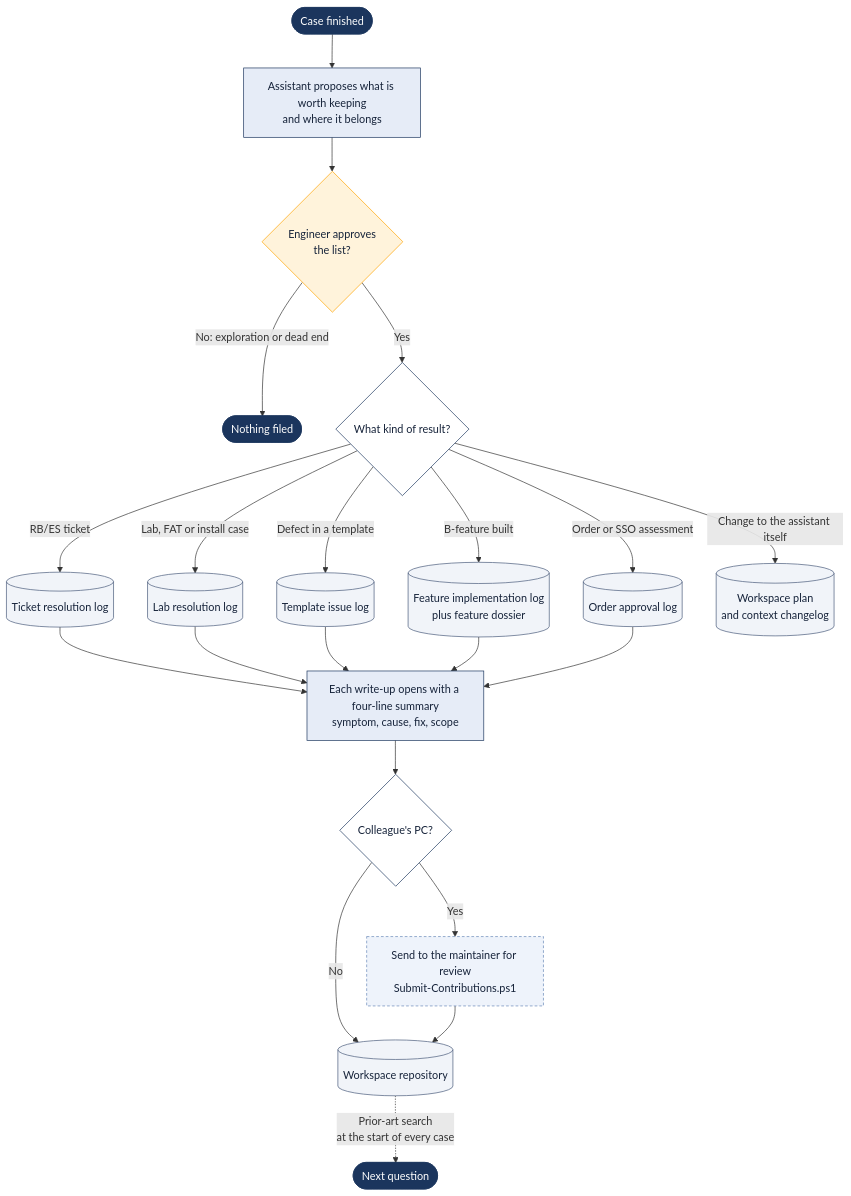
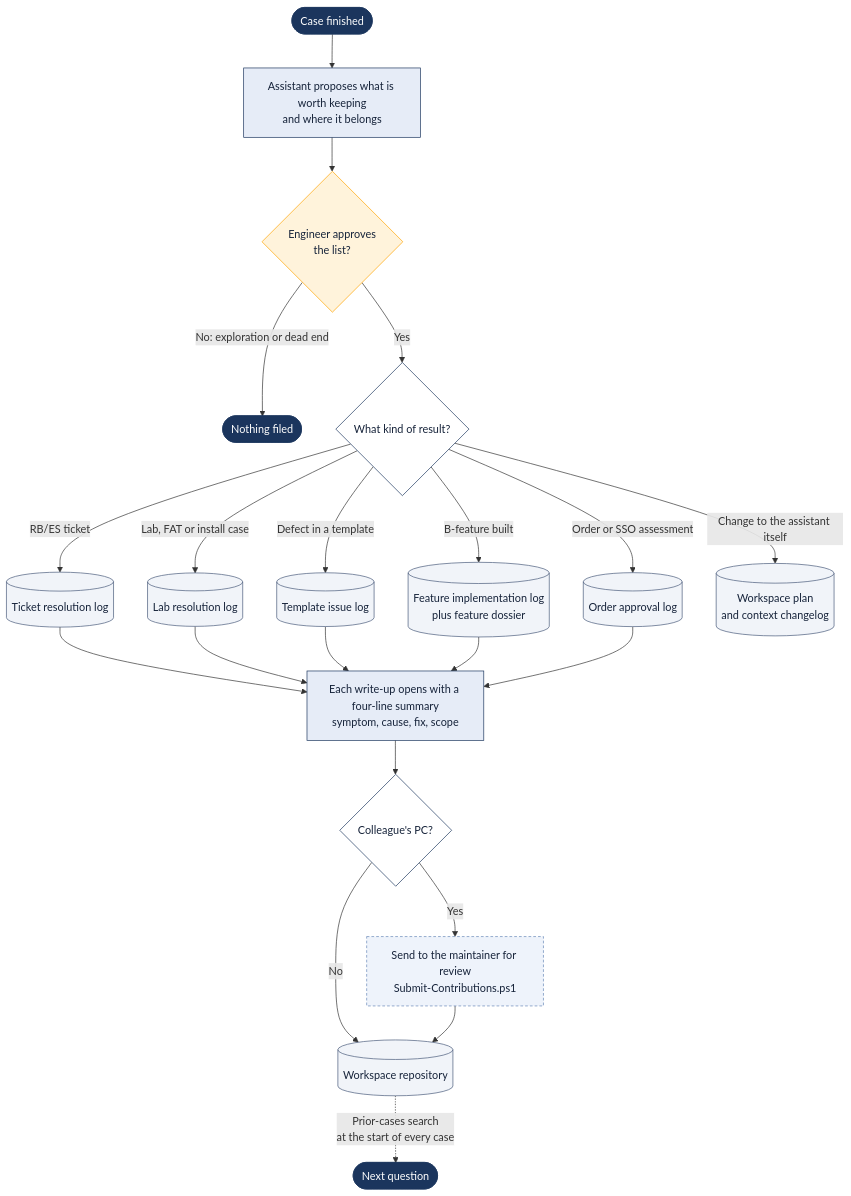
One commit to SkalarJoostE/Robotics-Private changed the diagram in Rollout/Flowcharts/10-learning-loop.md. Above: the diagram before and after it, drawn with Mermaid. The commit also changed 5 other files, not shown here.

First line of the commit message:
docs(flowcharts): plainer step names, no customer contact, no review gate

````diff
--- a/Rollout/Flowcharts/10-learning-loop.md
+++ b/Rollout/Flowcharts/10-learning-loop.md
@@ -7,26 +7,26 @@
 ```mermaid
 flowchart TD
     DONE([Case finished]):::start --> PROPOSE[Assistant proposes what is worth keeping<br/>and where it belongs]:::ai
     PROPOSE --> OK{Engineer approves<br/>the list?}:::human
     OK -->|"No: exploration or dead end"| NOTHING([Nothing filed]):::start
     OK -->|Yes| KIND{What kind of result?}:::decision
     KIND -->|"RB/ES ticket"| T[(Ticket resolution log)]:::store
     KIND -->|"Lab, FAT or install case"| L[(Lab resolution log)]:::store
     KIND -->|"Defect in a template"| TP[(Template issue log)]:::store
     KIND -->|"B-feature built"| F[(Feature implementation log<br/>plus feature dossier)]:::store
     KIND -->|"Order or SSO assessment"| A[(Order approval log)]:::store
     KIND -->|"Change to the assistant itself"| W[(Workspace plan<br/>and context changelog)]:::store
     T & L & TP & F & A --> HEADER[Each write-up opens with a four-line summary<br/>symptom, cause, fix, scope]:::ai
     HEADER --> SHARE{Colleague's PC?}:::decision
     SHARE -->|Yes| SEND["Send to the maintainer for review<br/>Submit-Contributions.ps1"]:::script
     SHARE -->|No| GIT[(Workspace repository)]:::store
     SEND --> GIT
-    GIT -.->|"Prior-art search<br/>at the start of every case"| NEXT([Next question]):::start
+    GIT -.->|"Prior-cases search<br/>at the start of every case"| NEXT([Next question]):::start
 
     classDef start fill:#1b355d,stroke:#1b355d,color:#ffffff
     classDef ai fill:#e6ecf7,stroke:#1b355d,color:#16233a
     classDef script fill:#eef3fb,stroke:#6686b7,color:#16233a,stroke-dasharray:4 3
     classDef decision fill:#ffffff,stroke:#1b355d,color:#16233a
     classDef human fill:#fff3db,stroke:#ffa400,color:#16233a
     classDef store fill:#f1f4f9,stroke:#47597a,color:#16233a
 ```
````
